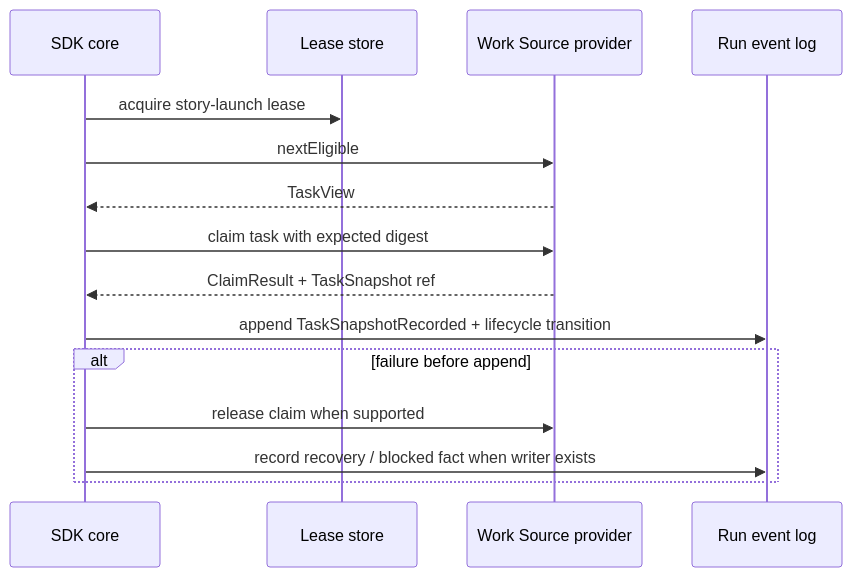
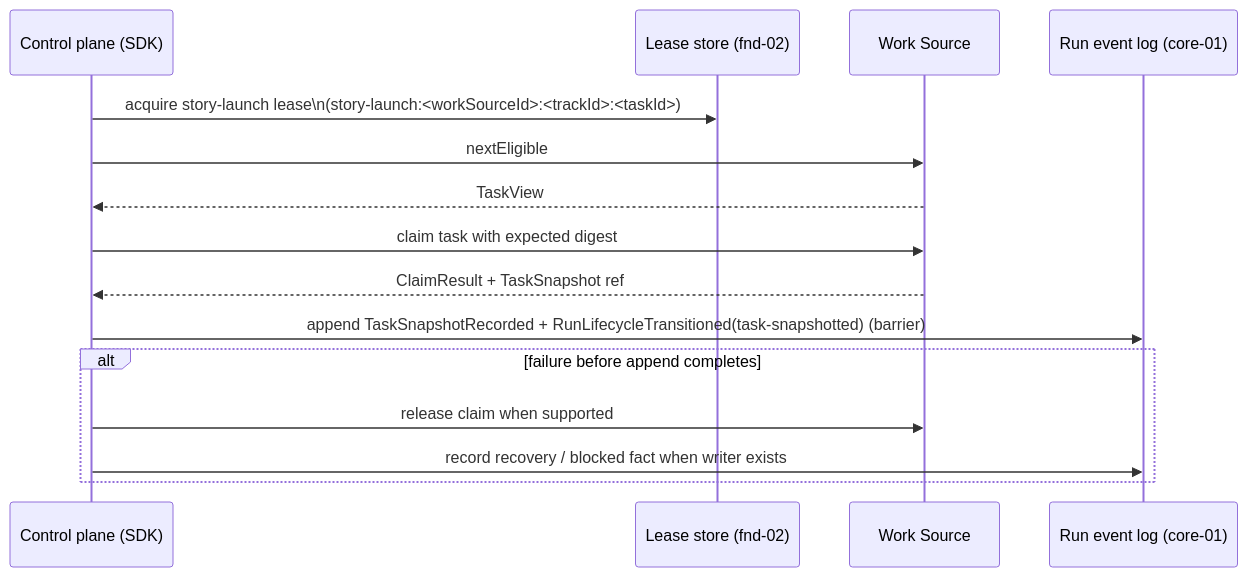
The diagram in docs/design/10-architecture/launch-coordination.md (aryeko/agentic-workflow-kit), drawn with Mermaid before and after one commit. The commit also changed other lines of this file and 46 other files, not shown here.

````diff
--- a/docs/design/10-architecture/launch-coordination.md
+++ b/docs/design/10-architecture/launch-coordination.md
@@ -11,18 +15,18 @@
 ```mermaid
 sequenceDiagram
-  participant SDK as SDK core
-  participant Lease as Lease store
-  participant WS as Work Source provider
-  participant Log as Run event log
+  participant SDK as Control plane (SDK)
+  participant Lease as Lease store (fnd-02)
+  participant WS as Work Source
+  participant Log as Run event log (core-01)
 
-  SDK->>Lease: acquire story-launch lease
+  SDK->>Lease: acquire story-launch lease\n(story-launch:<workSourceId>:<trackId>:<taskId>)
   SDK->>WS: nextEligible
   WS-->>SDK: TaskView
   SDK->>WS: claim task with expected digest
   WS-->>SDK: ClaimResult + TaskSnapshot ref
-  SDK->>Log: append TaskSnapshotRecorded + lifecycle transition
-  alt failure before append
+  SDK->>Log: append TaskSnapshotRecorded + RunLifecycleTransitioned(task-snapshotted) (barrier)
+  alt failure before append completes
     SDK->>WS: release claim when supported
     SDK->>Log: record recovery / blocked fact when writer exists
   end
 ```
````
